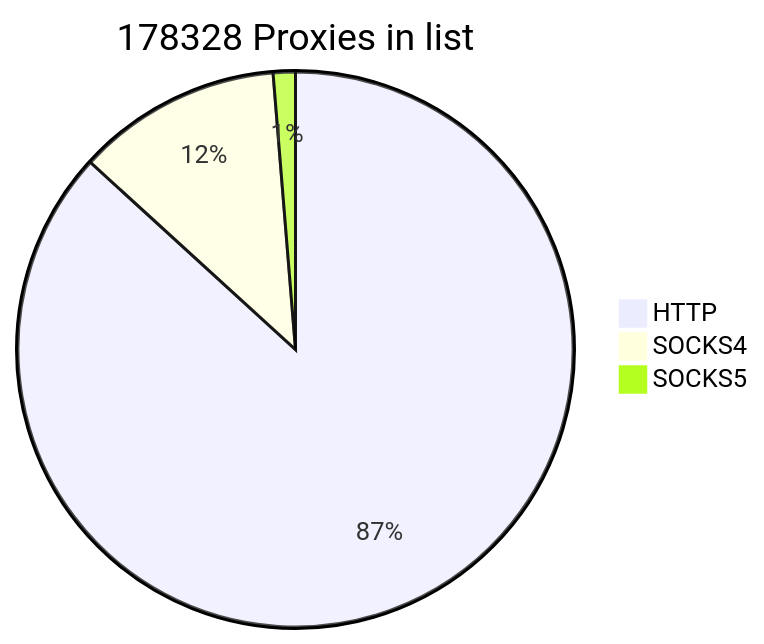
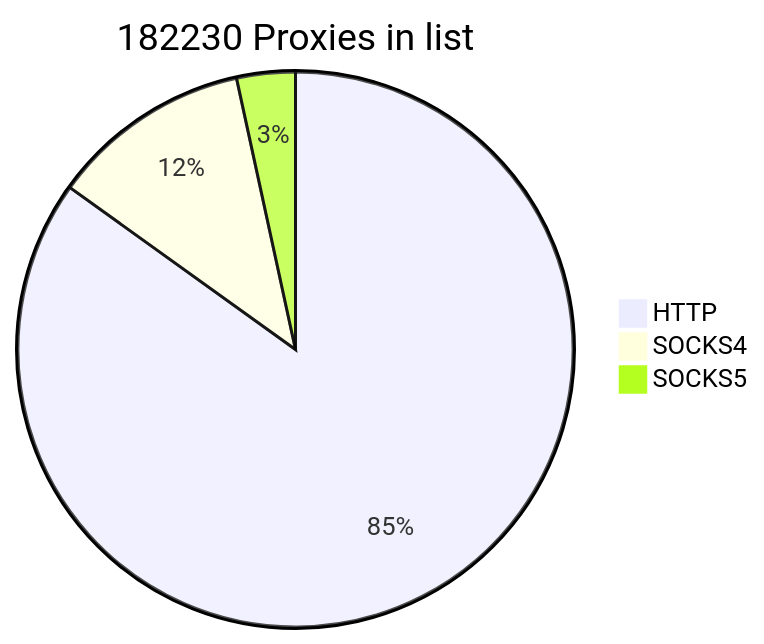
The first of 2 diagrams in README.md (cutipu/proxylist), drawn with Mermaid before and after one commit. The commit also changed other lines of this file, not shown here.

````diff
--- a/README.md
+++ b/README.md
@@ -2,7 +2,7 @@
 ```mermaid
-pie title 178328 Proxies in list
-    "HTTP" : 154739
-    "SOCKS4" : 21290
-    "SOCKS5" : 2299
+pie title 182230 Proxies in list
+    "HTTP" : 154735
+    "SOCKS4" : 21288
+    "SOCKS5" : 6207
             
 ```
````
